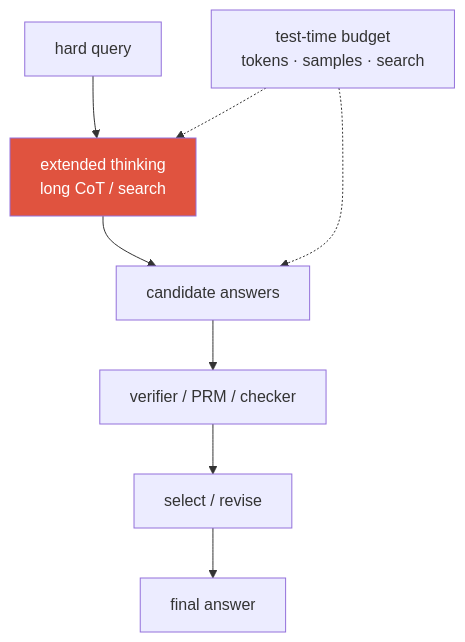
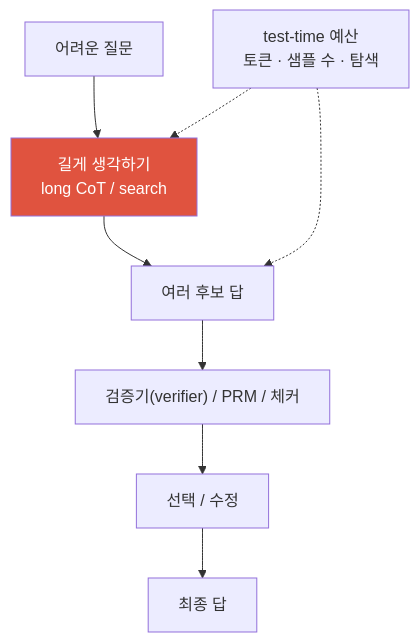
One commit to beomyoung-kim/ml_study changed the first of 3 diagrams in content/llm/reasoning.ko.md. Above: the diagram before and after it, drawn with Mermaid. The commit also changed other lines of this file and 209 other files, not shown here.

````diff
--- a/content/llm/reasoning.ko.md
+++ b/content/llm/reasoning.ko.md
@@ -8,11 +24,11 @@
 ```mermaid
 flowchart TB
-  Q["hard query"] --> Think["extended thinking<br/>long CoT / search"]
-  Think --> Cand["candidate answers"]
-  Cand --> Ver["verifier / PRM / checker"]
-  Ver --> Sel["select / revise"]
-  Sel --> A["final answer"]
-  Budget["test-time budget<br/>tokens · samples · search"] -.-> Think
+  Q["어려운 질문"] --> Think["길게 생각하기<br/>long CoT / search"]
+  Think --> Cand["여러 후보 답"]
+  Cand --> Ver["검증기(verifier) / PRM / 체커"]
+  Ver --> Sel["선택 / 수정"]
+  Sel --> A["최종 답"]
+  Budget["test-time 예산<br/>토큰 · 샘플 수 · 탐색"] -.-> Think
   Budget -.-> Cand
   style Think fill:#e0533f,color:#fff
 ```
````
